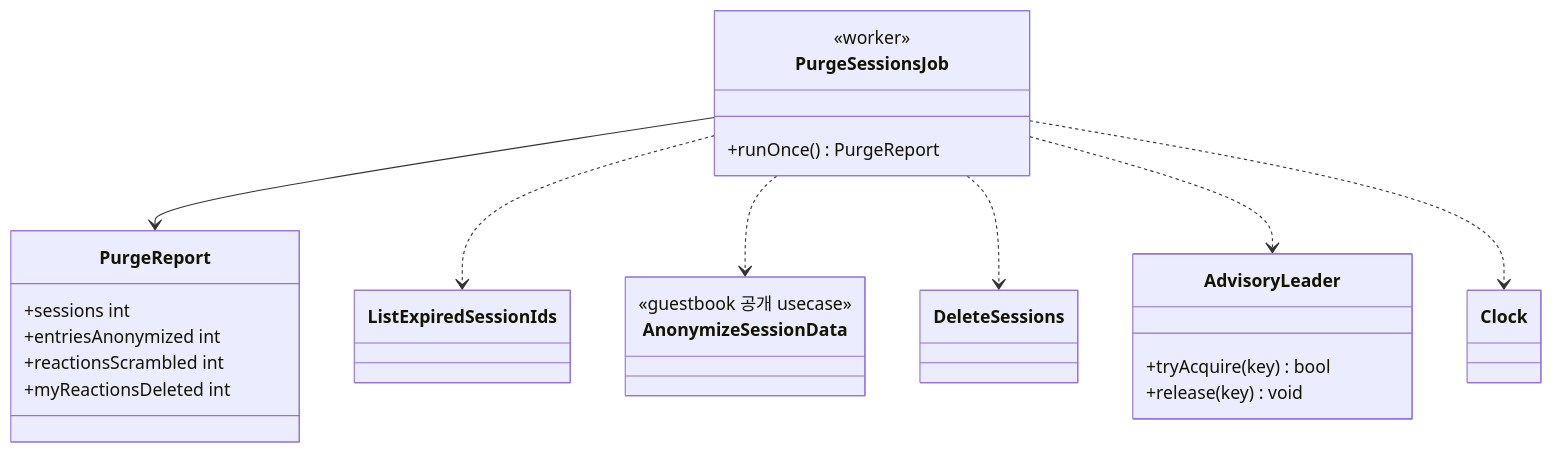
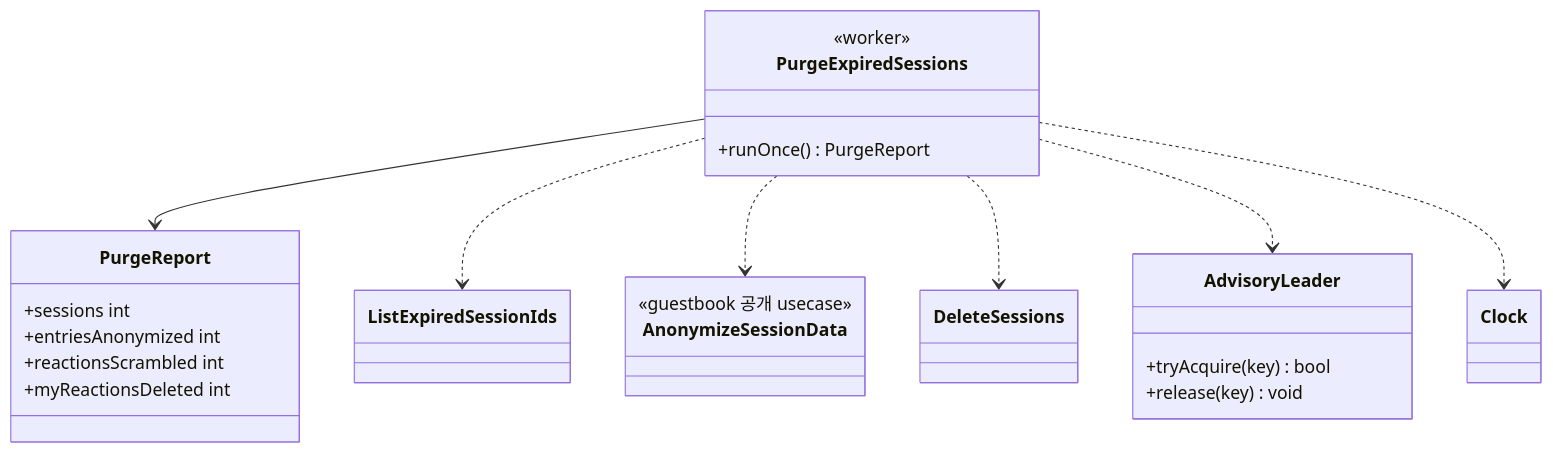
Diagram 35 of 37 in docs/design/features/10-identity.md (1985jwlee/portpolio_backend), drawn with Mermaid before and after one commit. The commit also changed other lines of this file and 33 other files, not shown here.

````diff
--- a/docs/design/features/10-identity.md
+++ b/docs/design/features/10-identity.md
@@ -1249,28 +1252,28 @@
 ```mermaid
 classDiagram
-    class PurgeSessionsJob {
+    class PurgeExpiredSessions {
         <<worker>>
         +runOnce() PurgeReport
     }
     class PurgeReport {
         +sessions int
         +entriesAnonymized int
         +reactionsScrambled int
         +myReactionsDeleted int
     }
     class ListExpiredSessionIds
     class DeleteSessions
     class AnonymizeSessionData {
         <<guestbook 공개 usecase>>
     }
     class AdvisoryLeader {
         +tryAcquire(key) bool
         +release(key) void
     }
-    PurgeSessionsJob --> PurgeReport
-    PurgeSessionsJob ..> ListExpiredSessionIds
-    PurgeSessionsJob ..> AnonymizeSessionData
-    PurgeSessionsJob ..> DeleteSessions
-    PurgeSessionsJob ..> AdvisoryLeader
-    PurgeSessionsJob ..> Clock
+    PurgeExpiredSessions --> PurgeReport
+    PurgeExpiredSessions ..> ListExpiredSessionIds
+    PurgeExpiredSessions ..> AnonymizeSessionData
+    PurgeExpiredSessions ..> DeleteSessions
+    PurgeExpiredSessions ..> AdvisoryLeader
+    PurgeExpiredSessions ..> Clock
 ```
````
